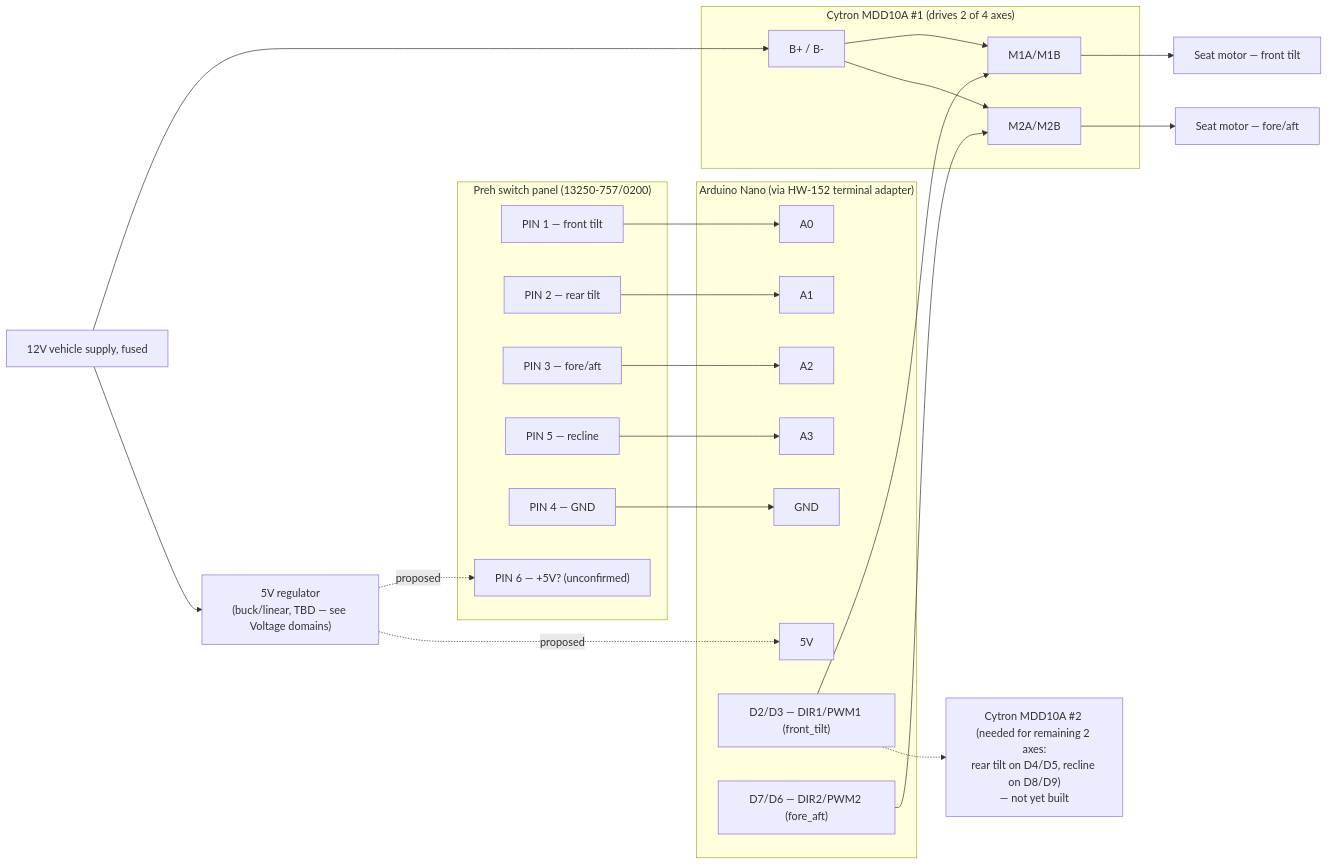
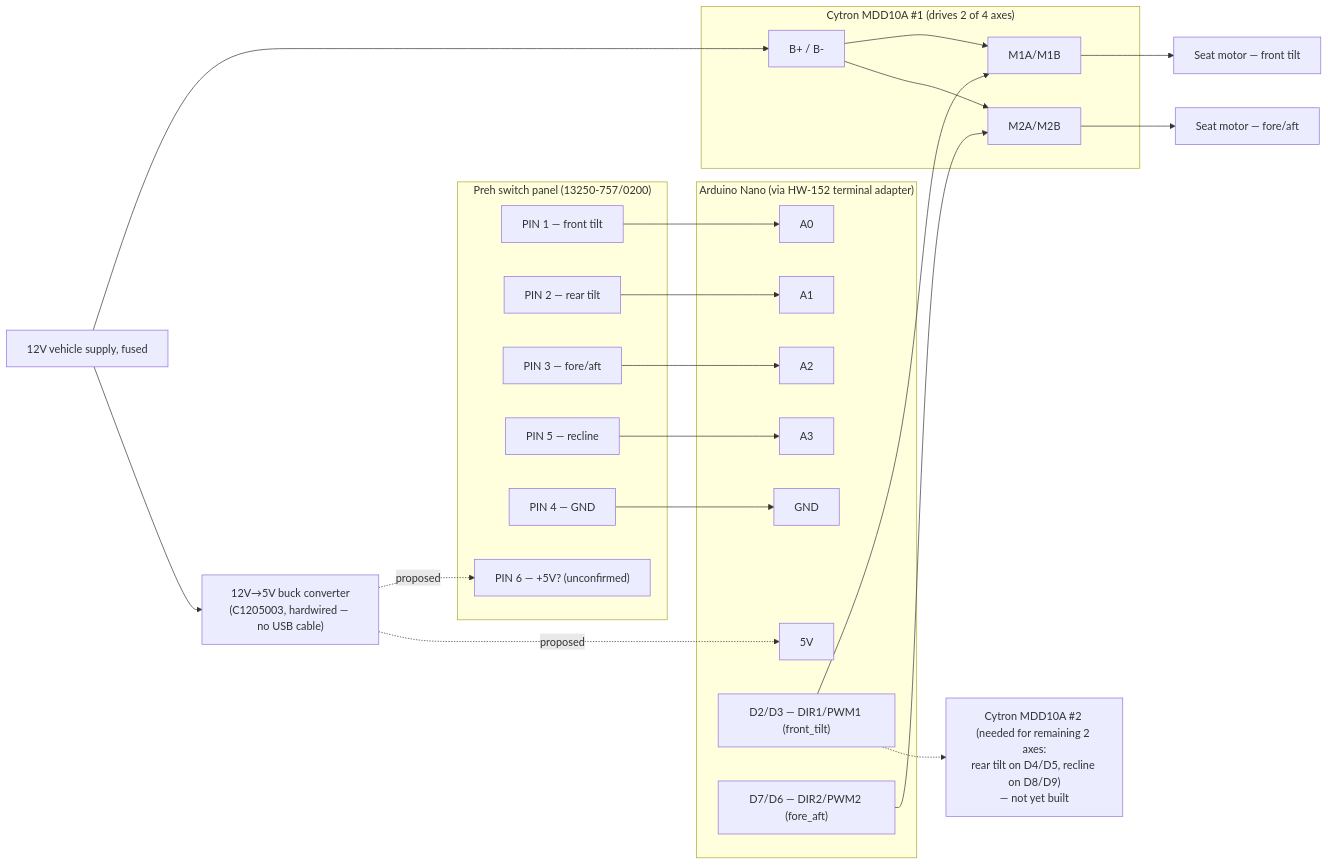
Before and after one commit to nodecentral/Audi-Seat-Controller-Arduino-Project: the diagram in README.md, drawn with Mermaid. The commit also changed other lines of this file, not shown here.

First line of the commit message:
Document 12V-to-5V buck converter, recommend bypassing its USB cable

````diff
--- a/README.md
+++ b/README.md
@@ -168,52 +169,52 @@
 ```mermaid
 flowchart LR
     subgraph SWITCH["Preh switch panel (13250-757/0200)"]
         P1["PIN 1 — front tilt"]
         P2["PIN 2 — rear tilt"]
         P3["PIN 3 — fore/aft"]
         P5["PIN 5 — recline"]
         P4["PIN 4 — GND"]
         P6["PIN 6 — +5V? (unconfirmed)"]
     end
 
     subgraph NANO["Arduino Nano (via HW-152 terminal adapter)"]
         A0["A0"]
         A1["A1"]
         A2["A2"]
         A3["A3"]
         GND1["GND"]
         FIVEV["5V"]
         CTRL1["D2/D3 — DIR1/PWM1 (front_tilt)"]
         CTRL2["D7/D6 — DIR2/PWM2 (fore_aft)"]
     end
 
     subgraph DRV1["Cytron MDD10A #1 (drives 2 of 4 axes)"]
         M1["M1A/M1B"]
         M2["M2A/M2B"]
         BSUP["B+ / B-"]
     end
 
     P1 --> A0
     P2 --> A1
     P3 --> A2
     P5 --> A3
     P4 --> GND1
     REG -. proposed .-> P6
     REG -. proposed .-> FIVEV
 
     CTRL1 --> M1
     CTRL2 --> M2
 
     MOT1["Seat motor — front tilt"]
     MOT2["Seat motor — fore/aft"]
     M1 --> MOT1
     M2 --> MOT2
 
     BATT["12V vehicle supply, fused"] --> BSUP
-    BATT --> REG["5V regulator<br/>(buck/linear, TBD — see Voltage domains)"]
+    BATT --> REG["12V→5V buck converter<br/>(C1205003, hardwired — no USB cable)"]
     BSUP --> M1
     BSUP --> M2
 
     DRV2["Cytron MDD10A #2 (needed for remaining 2 axes:<br/>rear tilt on D4/D5, recline on D8/D9)<br/>— not yet built"]
     CTRL1 -.-> DRV2
 ```
````
